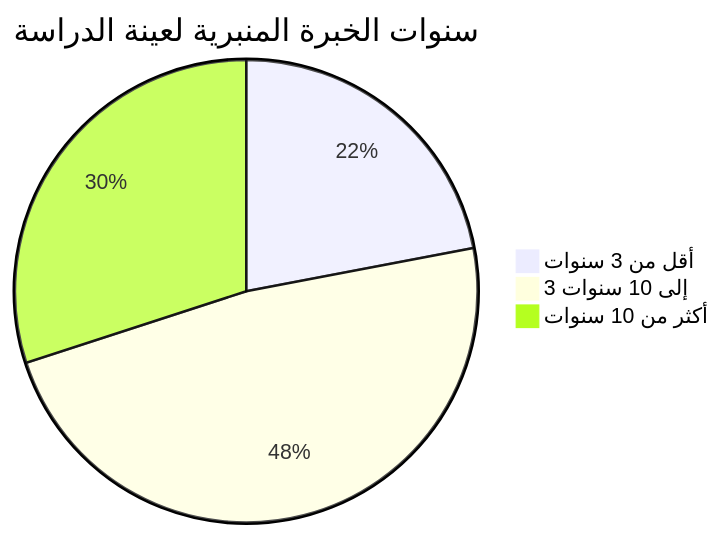
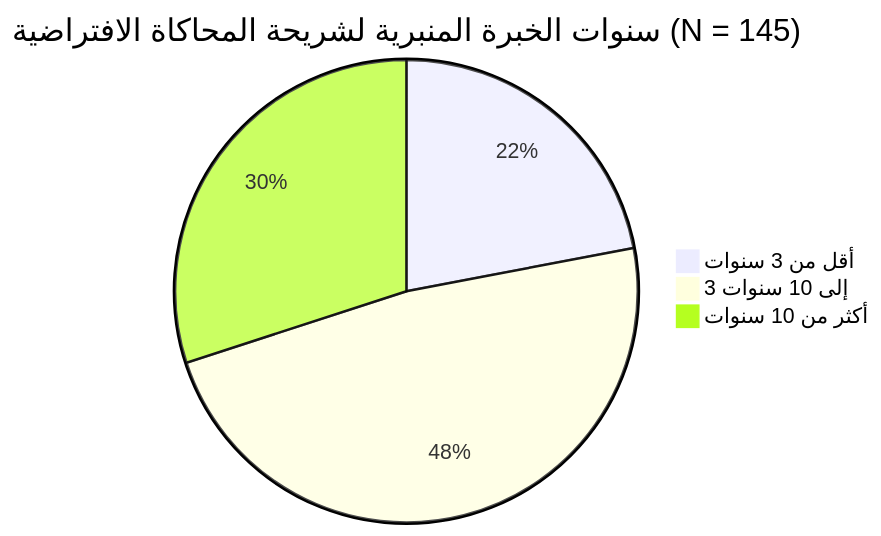
The first of 3 diagrams in uxstudy-khatiib/uxstudy.md (bennourzad/khatiib.online), drawn with Mermaid before and after one commit. The commit also changed other lines of this file and 2 other files, not shown here.

````diff
--- a/uxstudy-khatiib/uxstudy.md
+++ b/uxstudy-khatiib/uxstudy.md
@@ -74,6 +74,6 @@
 ```mermaid
-pie title سنوات الخبرة المنبرية لعينة الدراسة
+pie title سنوات الخبرة المنبرية لشريحة المحاكاة الافتراضية (N = 145)
     "أقل من 3 سنوات" : 22
     "3 إلى 10 سنوات" : 48
     "أكثر من 10 سنوات" : 30
 ```
````
